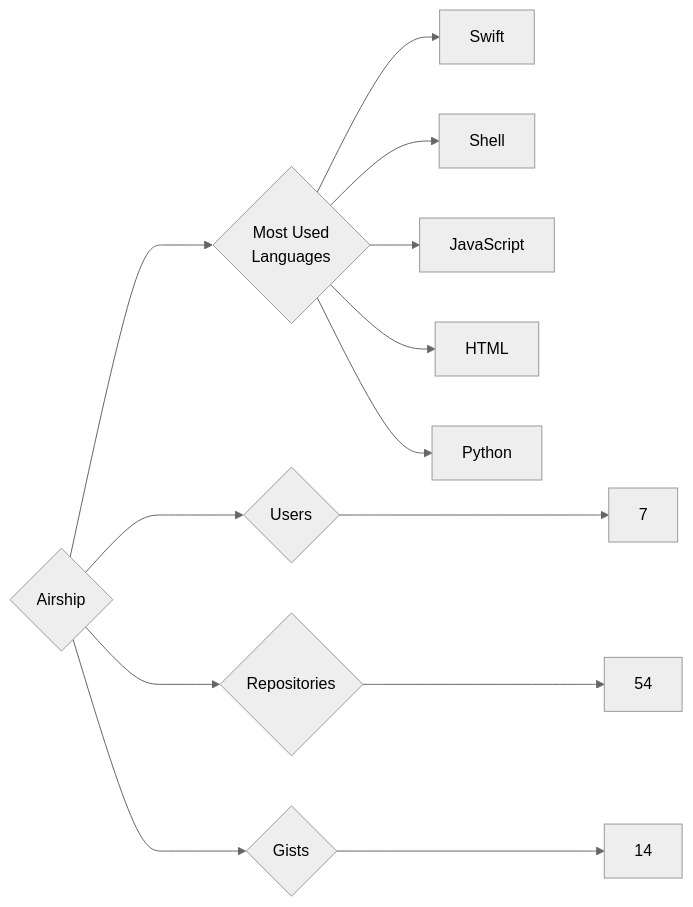
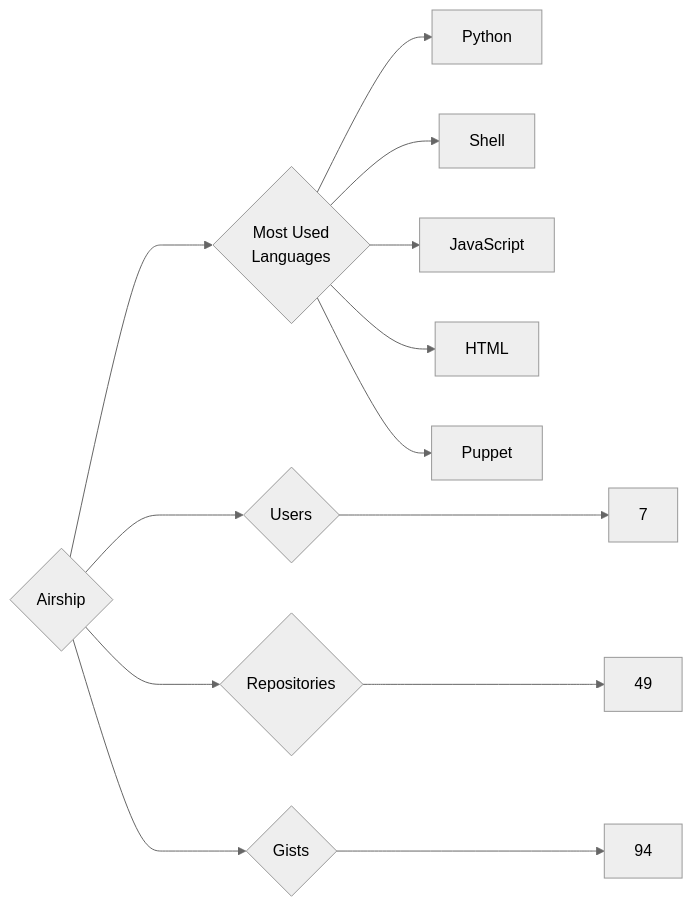
One commit to trickest/insiders changed the diagram in targets/Airship/README.md. Above: the diagram before and after it, drawn with Mermaid (neutral theme). The commit also changed 1167 other files, not shown here.

````diff
--- a/targets/Airship/README.md
+++ b/targets/Airship/README.md
@@ -3,13 +3,13 @@
 ```mermaid
 graph LR
 COMPANY_NAME{Airship}
 COMPANY_NAME ---> U{Users} ---> UN[7]
-COMPANY_NAME ---> R{Repositories} ---> RN[54]
-COMPANY_NAME ---> G{Gists} ---> GN[14]
+COMPANY_NAME ---> R{Repositories} ---> RN[49]
+COMPANY_NAME ---> G{Gists} ---> GN[94]
 COMPANY_NAME ---> ML{Most Used<br>Languages}
-ML --> Swift[Swift]
+ML --> Python[Python]
 ML --> Shell[Shell]
 ML --> JavaScript[JavaScript]
 ML --> HTML[HTML]
-ML --> Python[Python]
+ML --> Puppet[Puppet]
 ```
````
